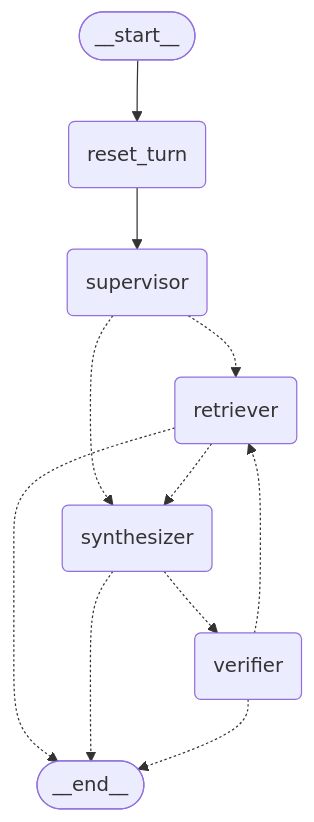
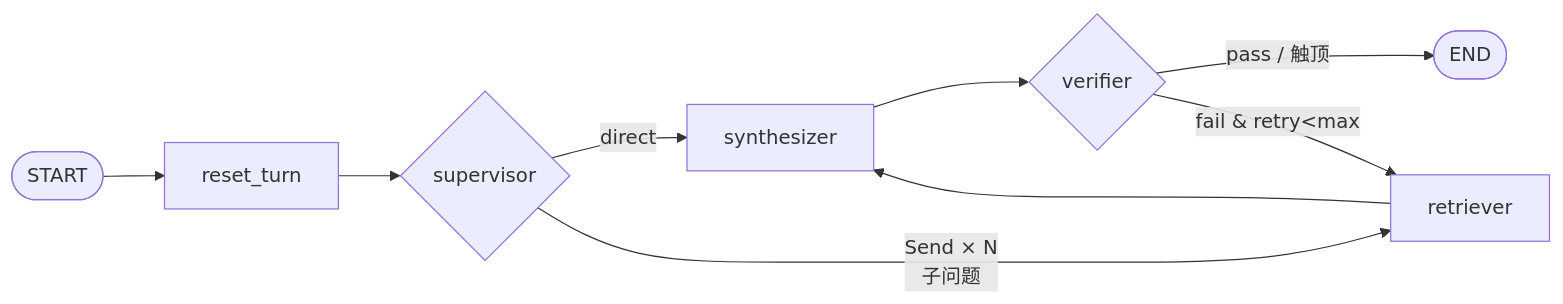
One commit to waqu-cmd/studystudy changed the diagram in README.md. Above: the diagram before and after it, drawn with Mermaid. The commit also changed other lines of this file and 69 other files, not shown here.

````diff
--- a/README.md
+++ b/README.md
@@ -17,20 +15,11 @@
 ```mermaid
-graph TD;
-	__start__([__start__]):::first
-	reset_turn(reset_turn)
-	supervisor(supervisor)
-	retriever(retriever)
-	synthesizer(synthesizer)
-	verifier(verifier)
-	__end__([__end__]):::last
-	__start__ --> reset_turn;
-	reset_turn --> supervisor;
-	supervisor -.-> retriever;
-	supervisor -.-> synthesizer;
-	retriever -.-> synthesizer;
-	retriever -.-> __end__;
-	synthesizer -.-> verifier;
-	synthesizer -.-> __end__;
-	verifier -.-> retriever;
-	verifier -.-> __end__;
+graph LR
+    START([START]) --> reset_turn
+    reset_turn --> supervisor{supervisor}
+    supervisor -->|direct| synthesizer
+    supervisor -->|Send × N<br/>子问题| retriever
+    retriever --> synthesizer
+    synthesizer --> verifier{verifier}
+    verifier -->|pass / 触顶| END([END])
+    verifier -->|fail & retry&lt;max| retriever
 ```
````
